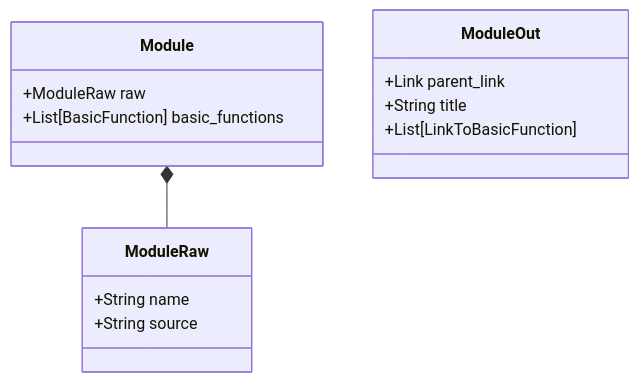
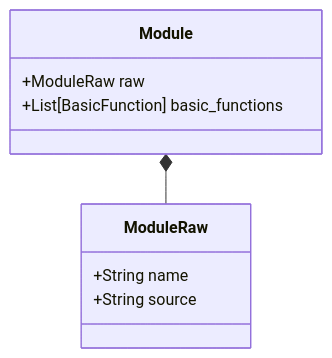
The second of 3 diagrams in doc/new_design_plan.md (slspeek/odbinfo), drawn with Mermaid before and after one commit. The commit also changed other lines of this file, not shown here.

````diff
--- a/doc/new_design_plan.md
+++ b/doc/new_design_plan.md
@@ -57,21 +57,15 @@
 ```mermaid
     classDiagram
     
     Module *-- ModuleRaw
     class ModuleRaw {
         +String  name
         +String source
     }
 
     class Module {
         +ModuleRaw raw
         +List[BasicFunction] basic_functions
     }
 
-    class ModuleOut {
-        +Link parent_link
-        +String title
-        +List[LinkToBasicFunction]
-    }
-
 ```
````
